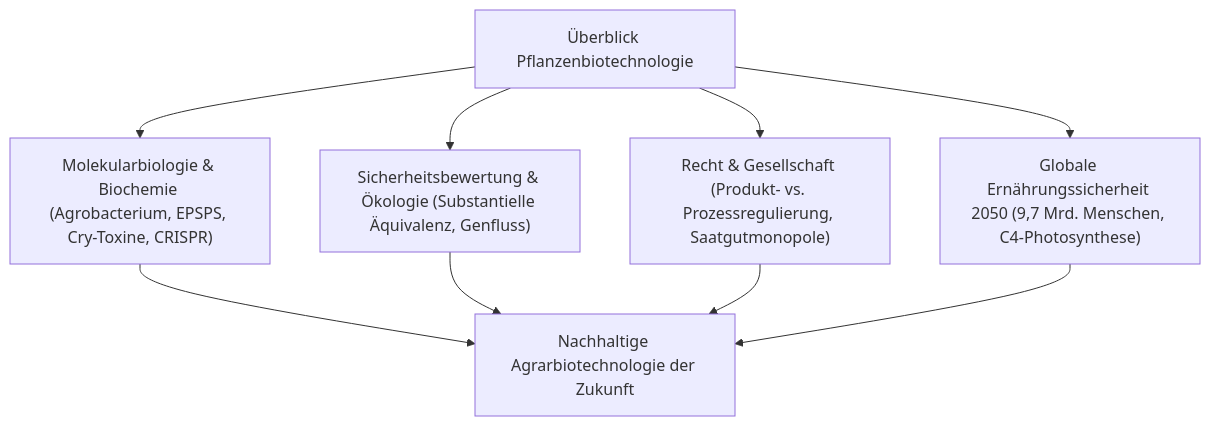
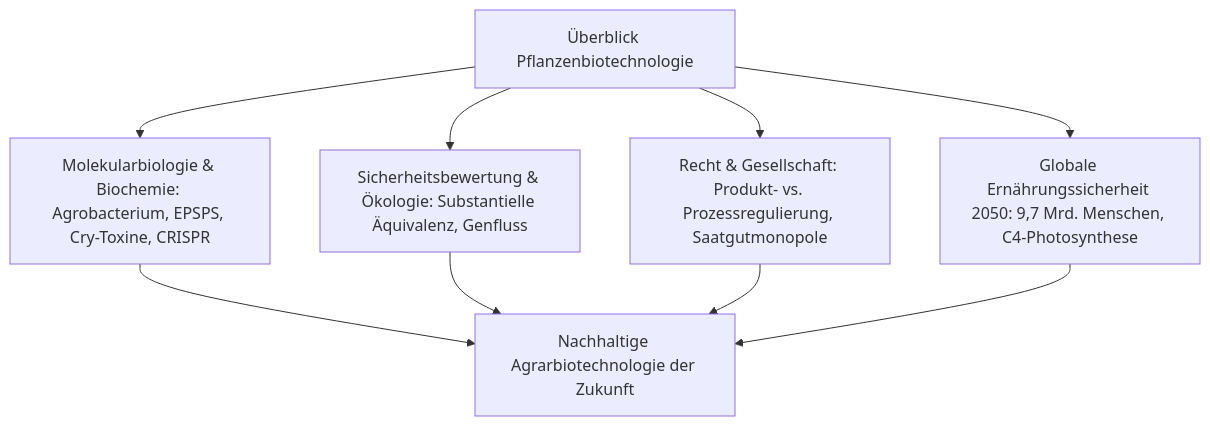
One commit to kenjinote/blog changed the first of 2 diagrams in content/post/genetically-modified-crops-biotechnology-agriculture-safety-future/index.de.md. Above: the diagram before and after it, drawn with Mermaid. The commit also changed other lines of this file and 11 other files, not shown here.

````diff
--- a/content/post/genetically-modified-crops-biotechnology-agriculture-safety-future/index.de.md
+++ b/content/post/genetically-modified-crops-biotechnology-agriculture-safety-future/index.de.md
@@ -17,9 +22,10 @@
 ```mermaid
 flowchart TD
     BIO["Überblick Pflanzenbiotechnologie"]
-    BIO --> M1["Molekularbiologie & Biochemie (Agrobacterium, EPSPS, Cry-Toxine, CRISPR)"]
-    BIO --> M2["Sicherheitsbewertung & Ökologie (Substantielle Äquivalenz, Genfluss)"]
-    BIO --> M3["Recht & Gesellschaft (Produkt- vs. Prozessregulierung, Saatgutmonopole)"]
-    BIO --> M4["Globale Ernährungssicherheit 2050 (9,7 Mrd. Menschen, C4-Photosynthese)"]
+    BIO --> M1["Molekularbiologie & Biochemie: Agrobacterium, EPSPS, Cry-Toxine, CRISPR"]
+    BIO --> M2["Sicherheitsbewertung & Ökologie: Substantielle Äquivalenz, Genfluss"]
+    BIO --> M3["Recht & Gesellschaft: Produkt- vs. Prozessregulierung, Saatgutmonopole"]
+    BIO --> M4["Globale Ernährungssicherheit 2050: 9,7 Mrd. Menschen, C4-Photosynthese"]
+    
     M1 & M2 & M3 & M4 --> TOTAL["Nachhaltige Agrarbiotechnologie der Zukunft"]
 ```
````
